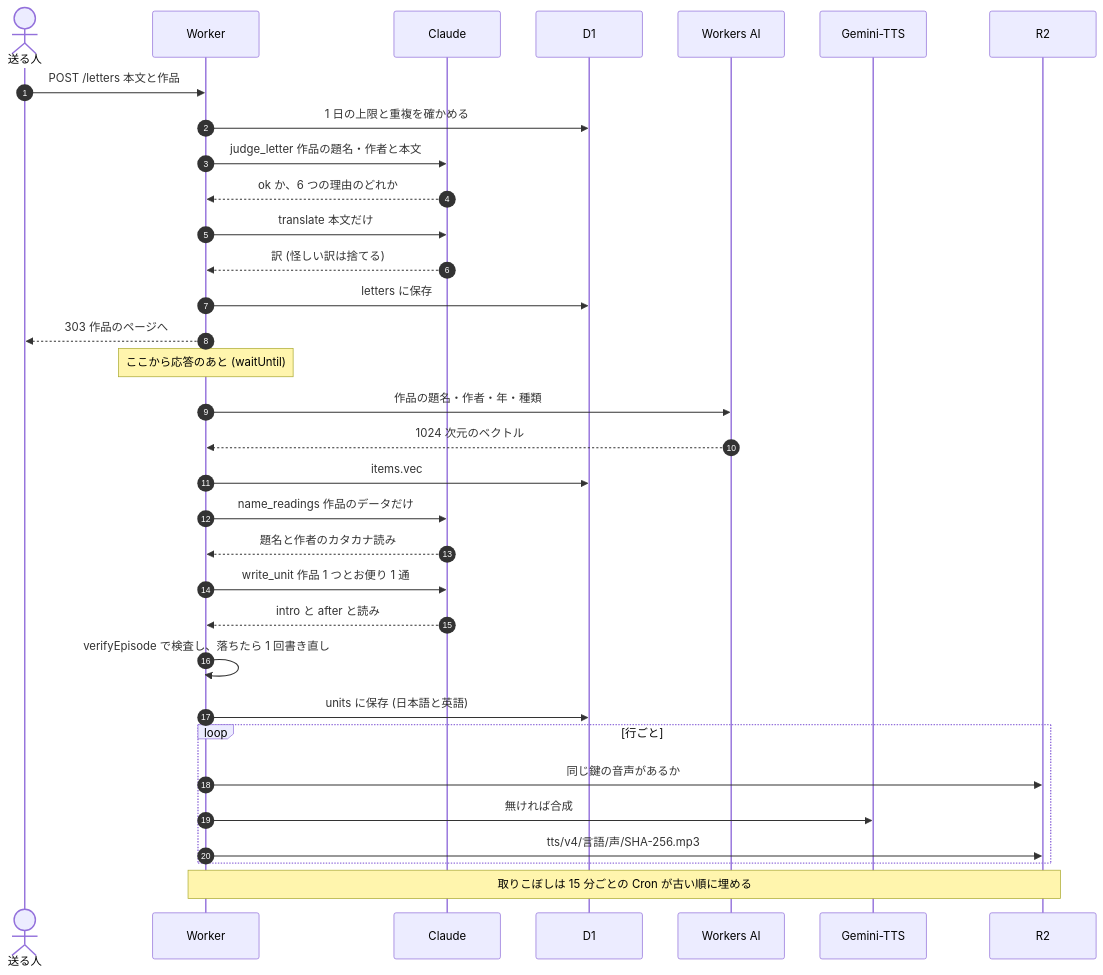
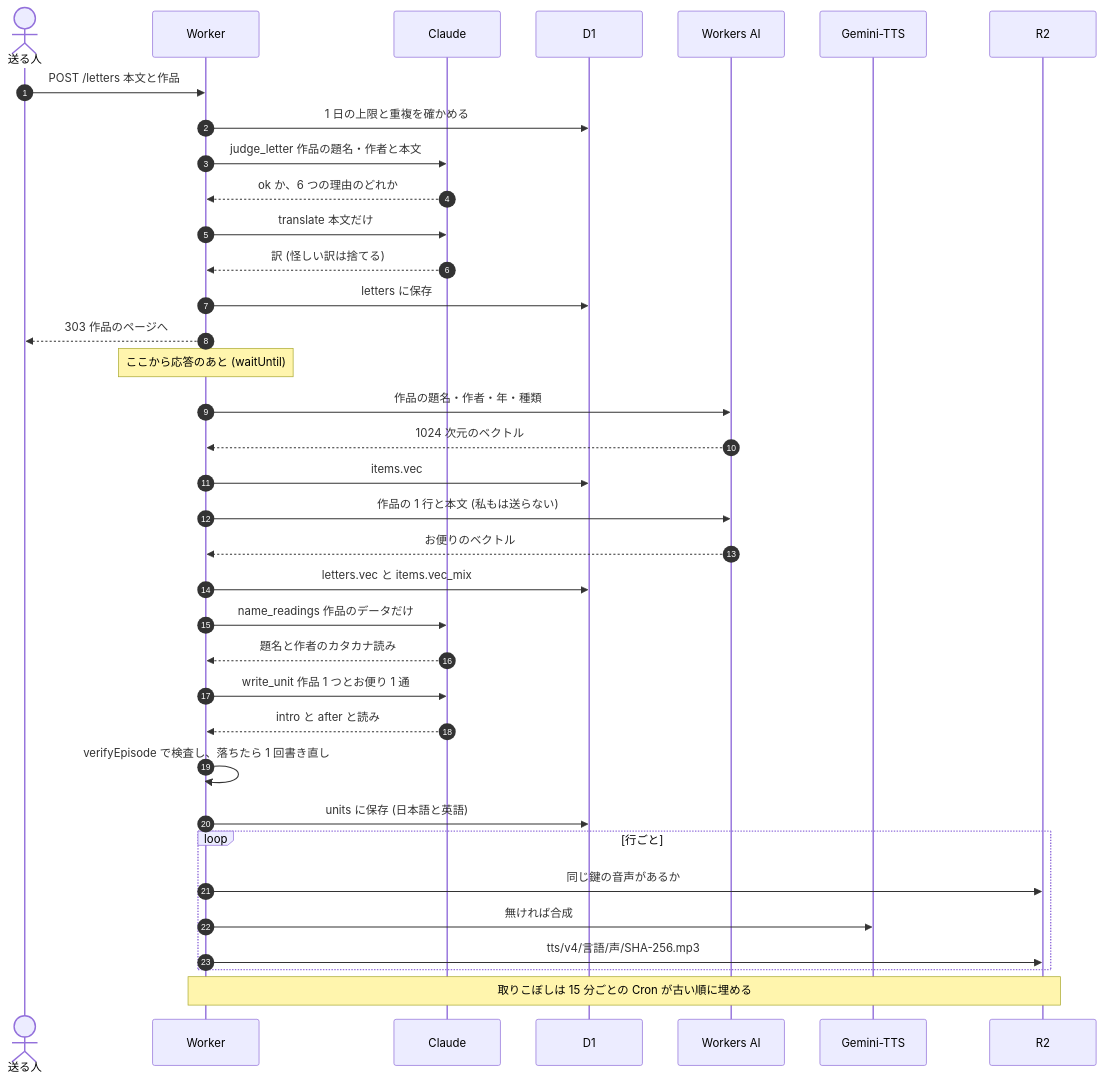
Before and after one commit to hiromitsusasaki/dococa-fm: the second of 5 diagrams in docs/how-it-works.md, drawn with Mermaid. The commit also changed other lines of this file and 18 other files, not shown here.

````diff
--- a/docs/how-it-works.md
+++ b/docs/how-it-works.md
@@ -33,35 +33,38 @@
 ```mermaid
 sequenceDiagram
     autonumber
     actor U as 送る人
     participant W as Worker
     participant C as Claude
     participant DB as D1
     participant AI as Workers AI
     participant T as Gemini-TTS
     participant R as R2
     U->>W: POST /letters 本文と作品
     W->>DB: 1 日の上限と重複を確かめる
     W->>C: judge_letter 作品の題名・作者と本文
     C-->>W: ok か、6 つの理由のどれか
     W->>C: translate 本文だけ
     C-->>W: 訳 (怪しい訳は捨てる)
     W->>DB: letters に保存
     W-->>U: 303 作品のページへ
     Note over W: ここから応答のあと (waitUntil)
     W->>AI: 作品の題名・作者・年・種類
     AI-->>W: 1024 次元のベクトル
     W->>DB: items.vec
+    W->>AI: 作品の 1 行と本文 (私もは送らない)
+    AI-->>W: お便りのベクトル
+    W->>DB: letters.vec と items.vec_mix
     W->>C: name_readings 作品のデータだけ
     C-->>W: 題名と作者のカタカナ読み
     W->>C: write_unit 作品 1 つとお便り 1 通
     C-->>W: intro と after と読み
     W->>W: verifyEpisode で検査し、落ちたら 1 回書き直し
     W->>DB: units に保存 (日本語と英語)
     loop 行ごと
         W->>R: 同じ鍵の音声があるか
         W->>T: 無ければ合成
         W->>R: tts/v4/言語/声/SHA-256.mp3
     end
     Note over W,R: 取りこぼしは 15 分ごとの Cron が古い順に埋める
 ```
````
